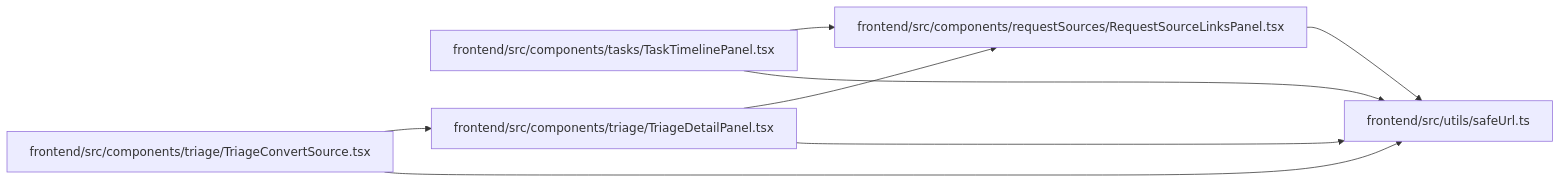
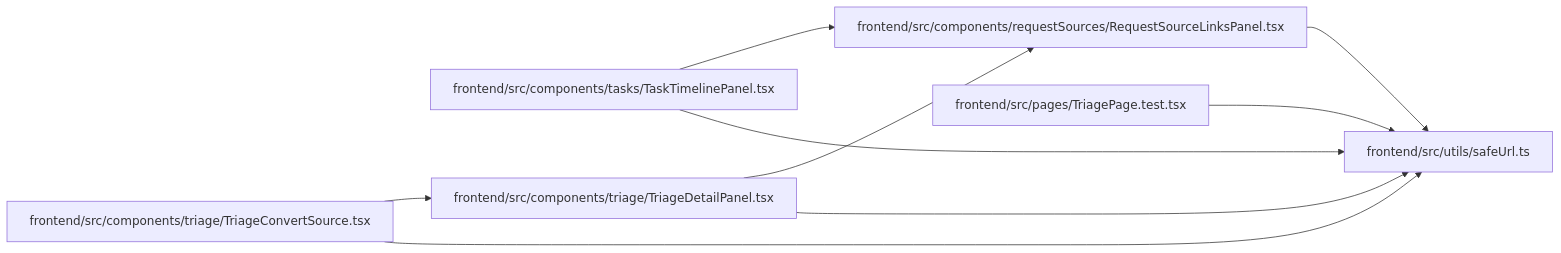
One commit to Denissvgn/WorkChord changed the diagram in docs/llm_wiki/modules/safeUrl.md. Above: the diagram before and after it, drawn with Mermaid. The commit also changed other lines of this file and 910 other files, not shown here.

Commit message:
Sync the architectural wiki for the intake source link policy

````diff
--- a/docs/llm_wiki/modules/safeUrl.md
+++ b/docs/llm_wiki/modules/safeUrl.md
@@ -18,20 +18,23 @@
 ```mermaid
 flowchart LR
     n0["frontend/src/components/requestSources/RequestSourceLinksPanel.tsx"]
     n1["frontend/src/components/tasks/TaskTimelinePanel.tsx"]
     n2["frontend/src/components/triage/TriageConvertSource.tsx"]
     n3["frontend/src/components/triage/TriageDetailPanel.tsx"]
-    n4["frontend/src/utils/safeUrl.ts"]
-    n0 --> n4
+    n4["frontend/src/pages/TriagePage.test.tsx"]
+    n5["frontend/src/utils/safeUrl.ts"]
+    n0 --> n5
     n1 --> n0
-    n1 --> n4
+    n1 --> n5
     n2 --> n3
-    n2 --> n4
+    n2 --> n5
     n3 --> n0
-    n3 --> n4
+    n3 --> n5
+    n4 --> n5
     click n0 "../modules/RequestSourceLinksPanel.md"
     click n1 "../modules/TaskTimelinePanel.md"
     click n2 "../modules/TriageConvertSource.md"
     click n3 "../modules/TriageDetailPanel.md"
-    click n4 "../modules/safeUrl.md"
+    click n4 "../modules/TriagePage.test.md"
+    click n5 "../modules/safeUrl.md"
 ```
````
